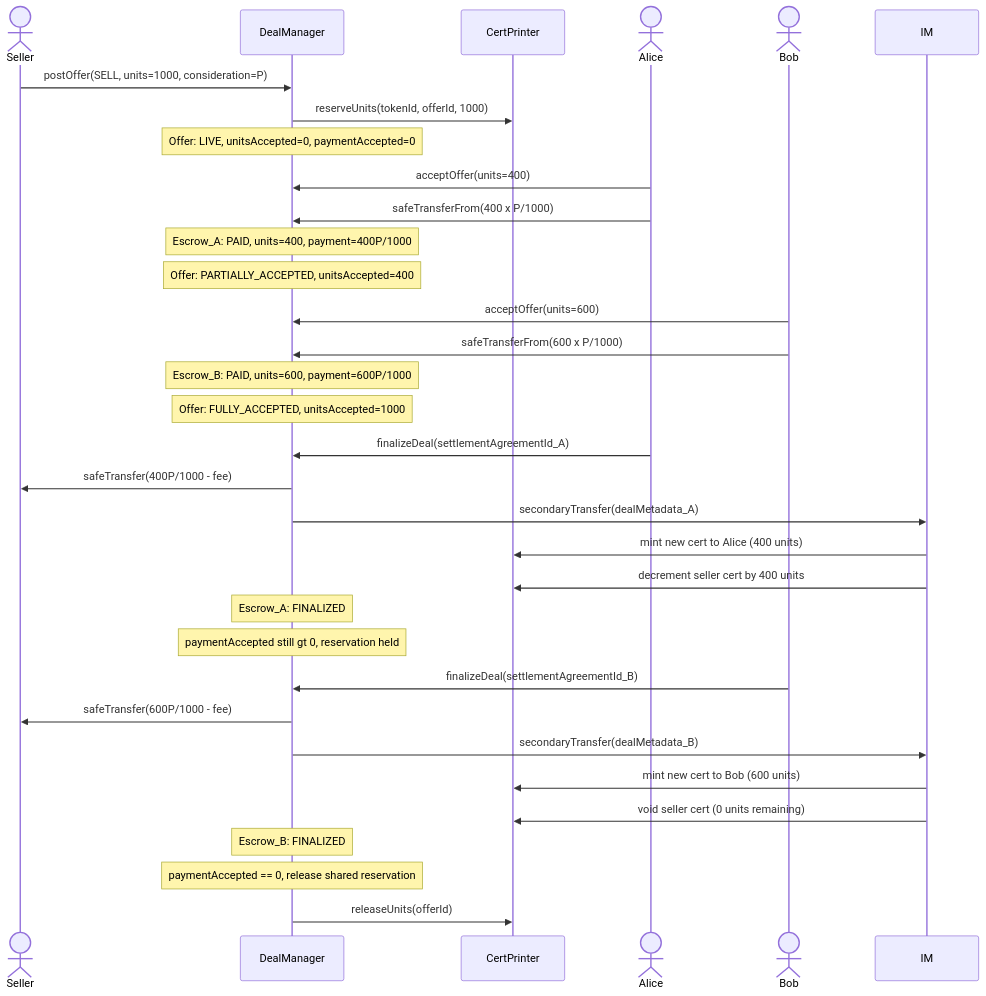
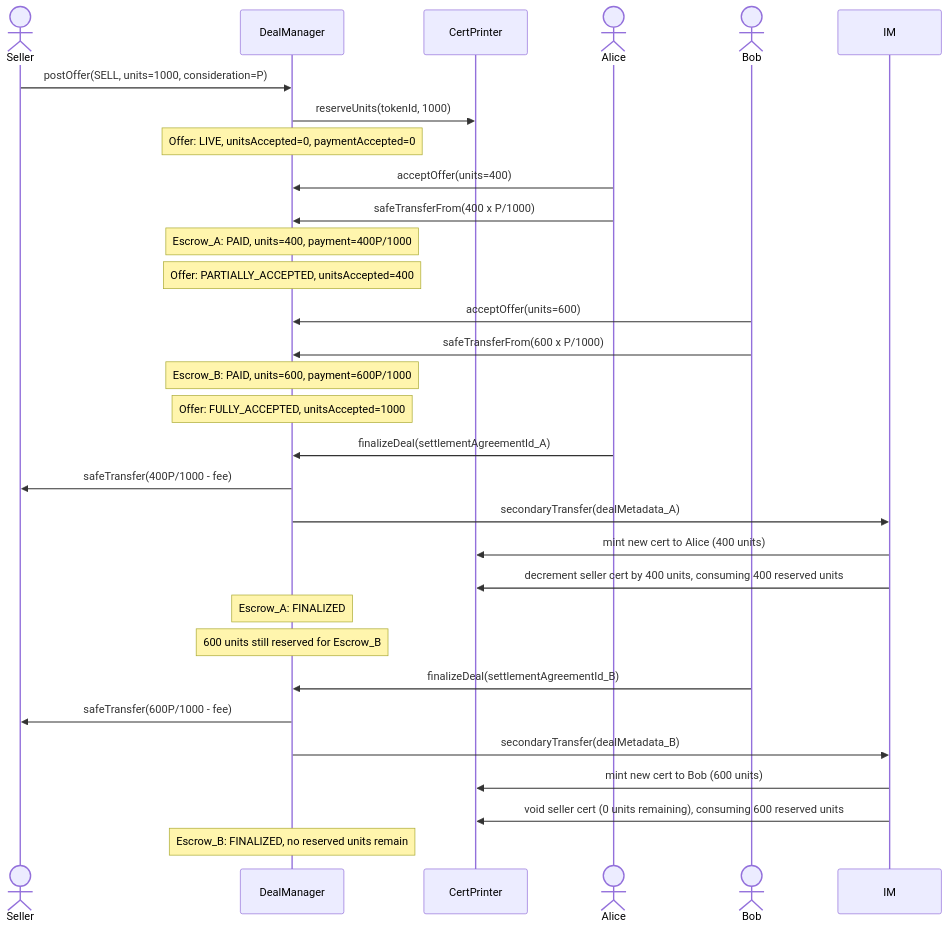
Before and after one commit to MetaLex-Tech/cybercorps-contracts: the fifth of 6 diagrams in specs/analysis/dealManager secondary trades.md, drawn with Mermaid. The commit also changed other lines of this file and 4 other files, not shown here.

Commit message:
feat: cancelOffer with voidOutstandingSettlements. Misc fixes

````diff
--- a/specs/analysis/dealManager secondary trades.md
+++ b/specs/analysis/dealManager secondary trades.md
@@ -164,34 +188,32 @@
 ```mermaid
 sequenceDiagram
     actor Seller
     participant DM as DealManager
     participant Cert as CertPrinter
     actor Alice
     actor Bob
     Seller ->> DM: postOffer(SELL, units=1000, consideration=P)
-    DM ->> Cert: reserveUnits(tokenId, offerId, 1000)
+    DM ->> Cert: reserveUnits(tokenId, 1000)
     Note over DM: Offer: LIVE, unitsAccepted=0, paymentAccepted=0
     Alice ->> DM: acceptOffer(units=400)
     Alice ->> DM: safeTransferFrom(400 x P/1000)
     Note over DM: Escrow_A: PAID, units=400, payment=400P/1000
     Note over DM: Offer: PARTIALLY_ACCEPTED, unitsAccepted=400
     Bob ->> DM: acceptOffer(units=600)
     Bob ->> DM: safeTransferFrom(600 x P/1000)
     Note over DM: Escrow_B: PAID, units=600, payment=600P/1000
     Note over DM: Offer: FULLY_ACCEPTED, unitsAccepted=1000
     Alice ->> DM: finalizeDeal(settlementAgreementId_A)
     DM ->> Seller: safeTransfer(400P/1000 - fee)
     DM ->> IM: secondaryTransfer(dealMetadata_A)
     IM ->> Cert: mint new cert to Alice (400 units)
-    IM ->> Cert: decrement seller cert by 400 units
+    IM ->> Cert: decrement seller cert by 400 units, consuming 400 reserved units
     Note over DM: Escrow_A: FINALIZED
-    Note over DM: paymentAccepted still gt 0, reservation held
+    Note over DM: 600 units still reserved for Escrow_B
     Bob ->> DM: finalizeDeal(settlementAgreementId_B)
     DM ->> Seller: safeTransfer(600P/1000 - fee)
     DM ->> IM: secondaryTransfer(dealMetadata_B)
     IM ->> Cert: mint new cert to Bob (600 units)
-    IM ->> Cert: void seller cert (0 units remaining)
-    Note over DM: Escrow_B: FINALIZED
-    Note over DM: paymentAccepted == 0, release shared reservation
-    DM ->> Cert: releaseUnits(offerId)
+    IM ->> Cert: void seller cert (0 units remaining), consuming 600 reserved units
+    Note over DM: Escrow_B: FINALIZED, no reserved units remain
 ```
````
